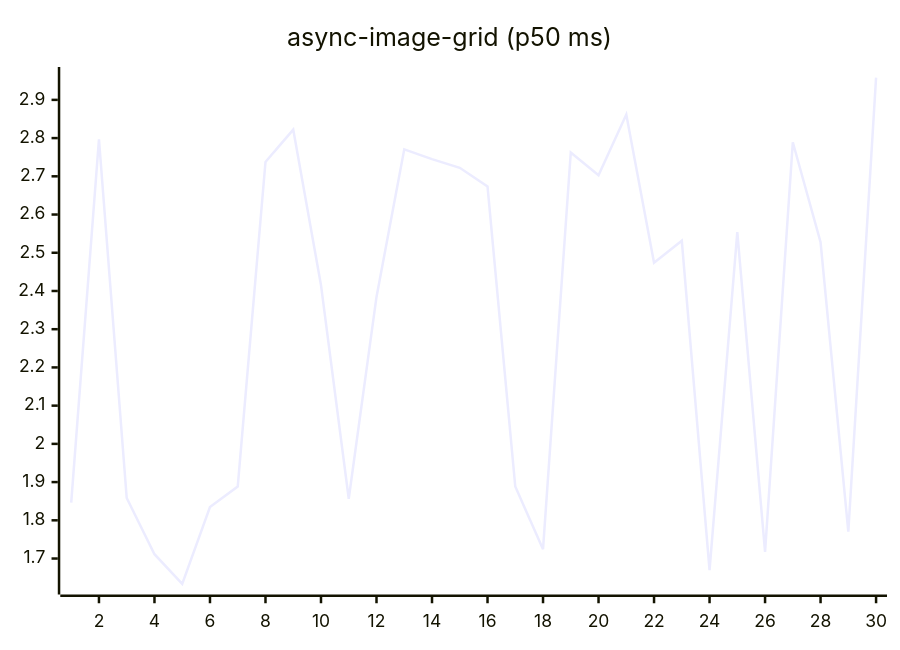
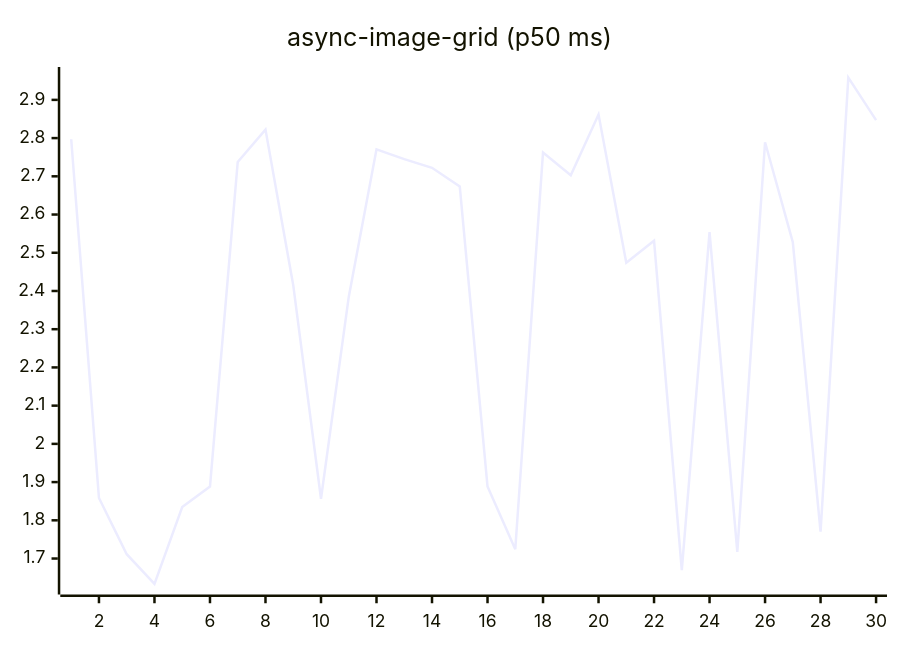
The fifth of 27 diagrams in README.md (josha/Facet), drawn with Mermaid before and after one commit. The commit also changed other lines of this file and 2 other files, not shown here.

````diff
--- a/README.md
+++ b/README.md
@@ -91,6 +91,6 @@
 ```mermaid
 xychart-beta
     title "async-image-grid (p50 ms)"
     x-axis 1 --> 30
-    line [1.8461, 2.7970, 1.8583, 1.7113, 1.6337, 1.8346, 1.8885, 2.7375, 2.8223, 2.4153, 1.8565, 2.3845, 2.7705, 2.7451, 2.7222, 2.6737, 1.8884, 1.7244, 2.7624, 2.7026, 2.8617, 2.4742, 2.5316, 1.6696, 2.5539, 1.7175, 2.7892, 2.5277, 1.7701, 2.9582]
+    line [2.7970, 1.8583, 1.7113, 1.6337, 1.8346, 1.8885, 2.7375, 2.8223, 2.4153, 1.8565, 2.3845, 2.7705, 2.7451, 2.7222, 2.6737, 1.8884, 1.7244, 2.7624, 2.7026, 2.8617, 2.4742, 2.5316, 1.6696, 2.5539, 1.7175, 2.7892, 2.5277, 1.7701, 2.9582, 2.8471]
 ```
````
